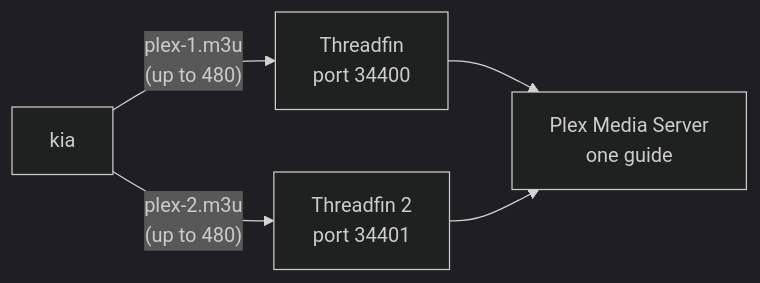
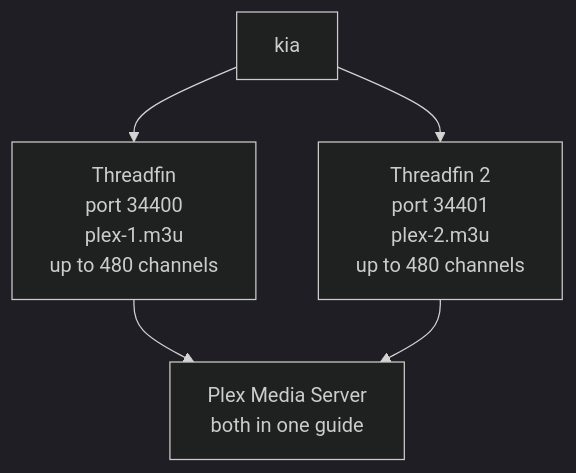
One commit to southsidedean/kodi-iptv-assistant changed the second of 2 diagrams in docs/plex.md. Above: the diagram before and after it, drawn with Mermaid (dark theme). The commit also changed other lines of this file and 4 other files, not shown here.

First line of the commit message:
Docs: diagrams that read well on GitHub, light and dark (#57)

````diff
--- a/docs/plex.md
+++ b/docs/plex.md
@@ -20,7 +20,7 @@
 ```mermaid
-flowchart LR
-  kia["kia"] -- "plex-1.m3u<br>(up to 480)" --> tf1["Threadfin<br>port 34400"]
-  kia -- "plex-2.m3u<br>(up to 480)" --> tf2["Threadfin 2<br>port 34401"]
-  tf1 --> pms["Plex Media Server<br>one guide"]
+flowchart TB
+  kia["kia"] --> tf1["Threadfin<br>port 34400<br>plex-1.m3u<br>up to 480 channels"]
+  kia --> tf2["Threadfin 2<br>port 34401<br>plex-2.m3u<br>up to 480 channels"]
+  tf1 --> pms["Plex Media Server<br>both in one guide"]
   tf2 --> pms
 ```
````
